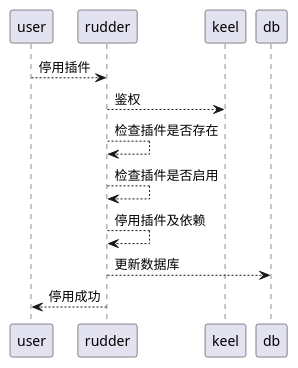
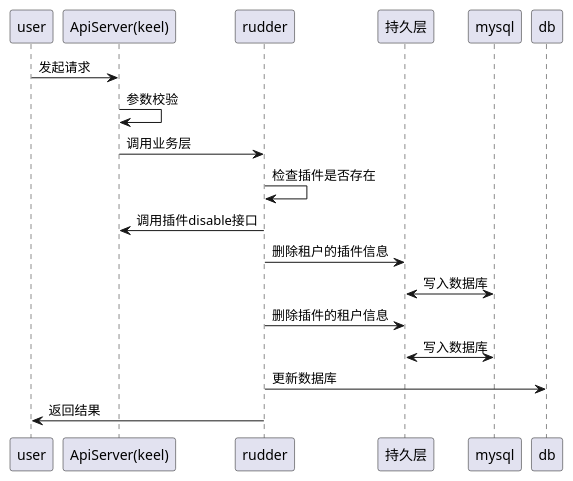
One commit to tkeel-io/docs changed the third of 4 diagrams in docs/api/appendix/plantuml/plugin-manager-tenant.md. Above: the diagram before and after it, drawn with PlantUML. The commit also changed other lines of this file and 2 other files, not shown here.

Commit message:
feat: update plugin manager uml & fluxswicth manager

````diff
--- a/docs/api/appendix/plantuml/plugin-manager-tenant.md
+++ b/docs/api/appendix/plantuml/plugin-manager-tenant.md
@@ -52,12 +72,21 @@
 ```plantuml
 @startuml
-user --> rudder : 停用插件
-rudder --> keel : 鉴权
-rudder --> rudder : 检查插件是否存在
-rudder --> rudder : 检查插件是否启用
-rudder --> rudder : 停用插件及依赖
-rudder --> db : 更新数据库
-rudder --> user : 停用成功
+participant "user" as user
+participant "ApiServer(keel)" as keel
+participant "rudder" as rudder
+participant "持久层" as dblayer
+participant "mysql" as mysql
 
+user -> keel : 发起请求
+keel -> keel : 参数校验 
+keel -> rudder : 调用业务层
+rudder -> rudder : 检查插件是否存在
+rudder -> keel : 调用插件disable接口
+rudder -> dblayer : 删除租户的插件信息
+dblayer <-> mysql : 写入数据库
+rudder -> dblayer : 删除插件的租户信息
+dblayer <-> mysql : 写入数据库
+rudder -> db : 更新数据库
+rudder -> user : 返回结果
 @enduml
 ```
````
